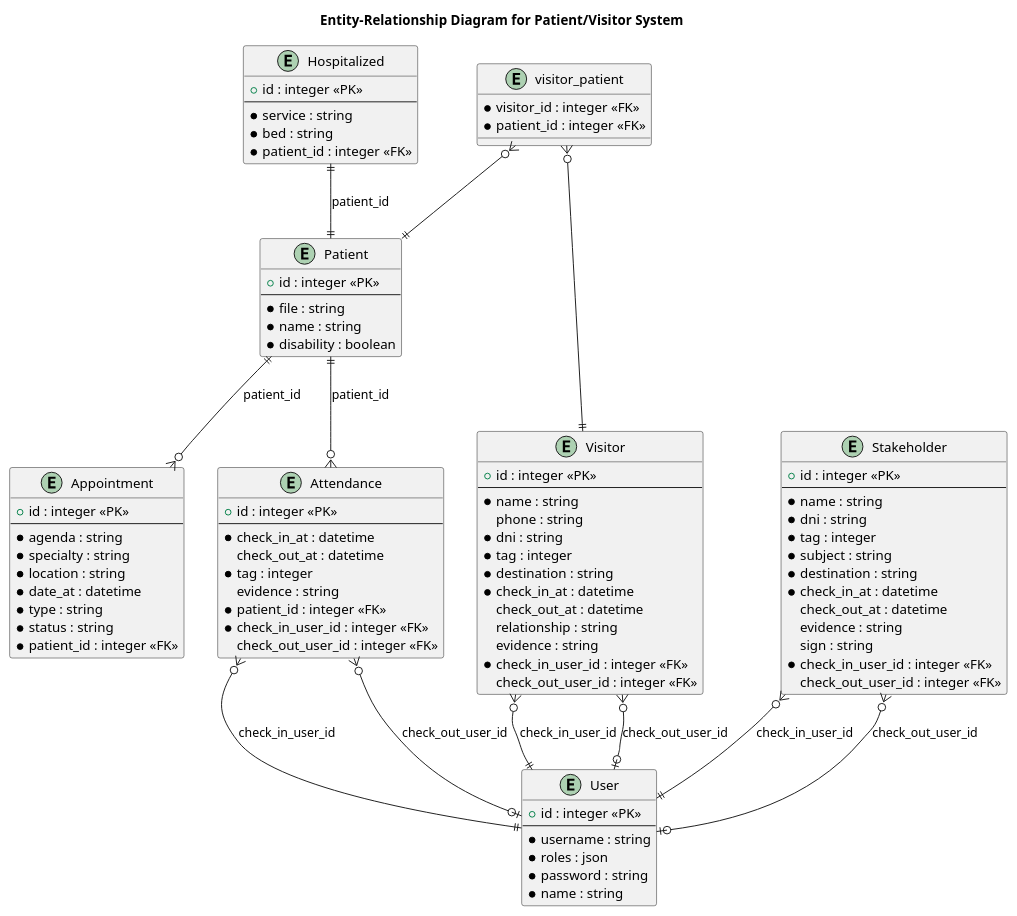
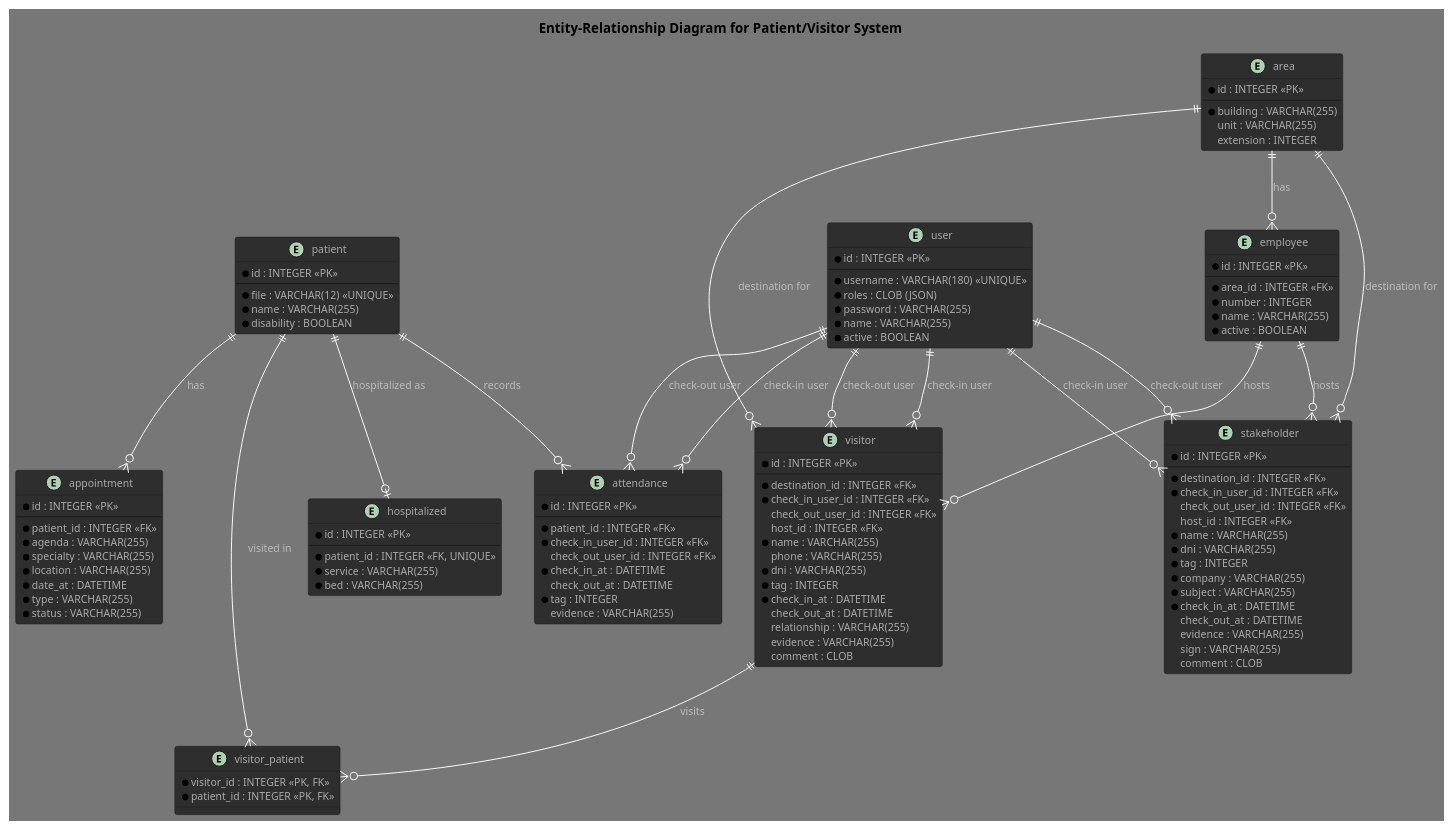
The diagram in DER.puml (genomorro/registro-io), drawn with PlantUML before and after one commit. The commit also changed 2 other files, not shown here.

```diff
--- a/DER.puml
+++ b/DER.puml
@@ -1,108 +1,138 @@
 @startuml DER
+!theme reddress-darkblue
 
 ' Title
 title Entity-Relationship Diagram for Patient/Visitor System
 
-entity "User" as user {
-  + id : integer <<PK>>
+entity "area" as area {
+  * id : INTEGER <<PK>>
   --
-  * username : string
-  * roles : json
-  * password : string
-  * name : string
+  * building : VARCHAR(255)
+    unit : VARCHAR(255)
+    extension : INTEGER
 }
 
-entity "Patient" as patient {
-  + id : integer <<PK>>
+entity "employee" as employee {
+  * id : INTEGER <<PK>>
   --
-  * file : string
-  * name : string
-  * disability : boolean
+  * area_id : INTEGER <<FK>>
+  * number : INTEGER
+  * name : VARCHAR(255)
+  * active : BOOLEAN
 }
 
-entity "Hospitalized" as hospitalized {
-  + id : integer <<PK>>
+entity "user" as user {
+  * id : INTEGER <<PK>>
   --
-  * service : string
-  * bed : string
-  * patient_id : integer <<FK>>
+  * username : VARCHAR(180) <<UNIQUE>>
+  * roles : CLOB (JSON)
+  * password : VARCHAR(255)
+  * name : VARCHAR(255)
+  * active : BOOLEAN
 }
 
-entity "Appointment" as appointment {
-  + id : integer <<PK>>
+entity "patient" as patient {
+  * id : INTEGER <<PK>>
   --
-  * agenda : string
-  * specialty : string
-  * location : string
-  * date_at : datetime
-  * type : string
-  * status : string
-  * patient_id : integer <<FK>>
+  * file : VARCHAR(12) <<UNIQUE>>
+  * name : VARCHAR(255)
+  * disability : BOOLEAN
 }
 
-entity "Attendance" as attendance {
-  + id : integer <<PK>>
+entity "hospitalized" as hospitalized {
+  * id : INTEGER <<PK>>
   --
-  * check_in_at : datetime
-  check_out_at : datetime
-  * tag : integer
-  evidence : string
-  * patient_id : integer <<FK>>
-  * check_in_user_id : integer <<FK>>
-  check_out_user_id : integer <<FK>>
+  * patient_id : INTEGER <<FK, UNIQUE>>
+  * service : VARCHAR(255)
+  * bed : VARCHAR(255)
 }
 
-entity "Visitor" as visitor {
-  + id : integer <<PK>>
+entity "appointment" as appointment {
+  * id : INTEGER <<PK>>
   --
-  * name : string
-  phone : string
-  * dni : string
-  * tag : integer
-  * destination : string
-  * check_in_at : datetime
-  check_out_at : datetime
-  relationship : string
-  evidence : string
-  * check_in_user_id : integer <<FK>>
-  check_out_user_id : integer <<FK>>
+  * patient_id : INTEGER <<FK>>
+  * agenda : VARCHAR(255)
+  * specialty : VARCHAR(255)
+  * location : VARCHAR(255)
+  * date_at : DATETIME
+  * type : VARCHAR(255)
+  * status : VARCHAR(255)
 }
 
-entity "Stakeholder" as stakeholder {
-  + id : integer <<PK>>
+entity "attendance" as attendance {
+  * id : INTEGER <<PK>>
   --
-  * name : string
-  * dni : string
-  * tag : integer
-  * subject : string
-  * destination : string
-  * check_in_at : datetime
-  check_out_at : datetime
-  evidence : string
-  sign : string
-  * check_in_user_id : integer <<FK>>
-  check_out_user_id : integer <<FK>>
+  * patient_id : INTEGER <<FK>>
+  * check_in_user_id : INTEGER <<FK>>
+    check_out_user_id : INTEGER <<FK>>
+  * check_in_at : DATETIME
+    check_out_at : DATETIME
+  * tag : INTEGER
+    evidence : VARCHAR(255)
+}
+
+entity "visitor" as visitor {
+  * id : INTEGER <<PK>>
+  --
+  * destination_id : INTEGER <<FK>>
+  * check_in_user_id : INTEGER <<FK>>
+    check_out_user_id : INTEGER <<FK>>
+    host_id : INTEGER <<FK>>
+  * name : VARCHAR(255)
+    phone : VARCHAR(255)
+  * dni : VARCHAR(255)
+  * tag : INTEGER
+  * check_in_at : DATETIME
+    check_out_at : DATETIME
+    relationship : VARCHAR(255)
+    evidence : VARCHAR(255)
+    comment : CLOB
+}
+
+entity "stakeholder" as stakeholder {
+  * id : INTEGER <<PK>>
+  --
+  * destination_id : INTEGER <<FK>>
+  * check_in_user_id : INTEGER <<FK>>
+    check_out_user_id : INTEGER <<FK>>
+    host_id : INTEGER <<FK>>
+  * name : VARCHAR(255)
+  * dni : VARCHAR(255)
+  * tag : INTEGER
+  * company : VARCHAR(255)
+  * subject : VARCHAR(255)
+  * check_in_at : DATETIME
+    check_out_at : DATETIME
+    evidence : VARCHAR(255)
+    sign : VARCHAR(255)
+    comment : CLOB
 }
 
 entity "visitor_patient" as visitor_patient {
-  * visitor_id : integer <<FK>>
-  * patient_id : integer <<FK>>
+  * visitor_id : INTEGER <<PK, FK>>
+  * patient_id : INTEGER <<PK, FK>>
 }
 
-hospitalized ||--|| patient : "patient_id"
-patient ||--o{ appointment : "patient_id"
-patient ||--o{ attendance : "patient_id"
+' Relationships
 
-visitor_patient }o--|| visitor
-visitor_patient }o--|| patient
+area ||--o{ employee : "has"
+area ||--o{ visitor : "destination for"
+area ||--o{ stakeholder : "destination for"
 
-attendance }o--|| user : "check_in_user_id"
-attendance }o--o| user : "check_out_user_id"
+employee ||--o{ visitor : "hosts"
+employee ||--o{ stakeholder : "hosts"
 
-visitor }o--|| user : "check_in_user_id"
-visitor }o--o| user : "check_out_user_id"
+patient ||--o| hospitalized : "hospitalized as"
+patient ||--o{ appointment : "has"
+patient ||--o{ attendance : "records"
+patient ||--o{ visitor_patient : "visited in"
+visitor ||--o{ visitor_patient : "visits"
 
-stakeholder }o--|| user : "check_in_user_id"
-stakeholder }o--o| user : "check_out_user_id"
+user ||--o{ attendance : "check-in user"
+user ||--o{ attendance : "check-out user"
+user ||--o{ visitor : "check-in user"
+user ||--o{ visitor : "check-out user"
+user ||--o{ stakeholder : "check-in user"
+user ||--o{ stakeholder : "check-out user"
 
 @enduml
```
